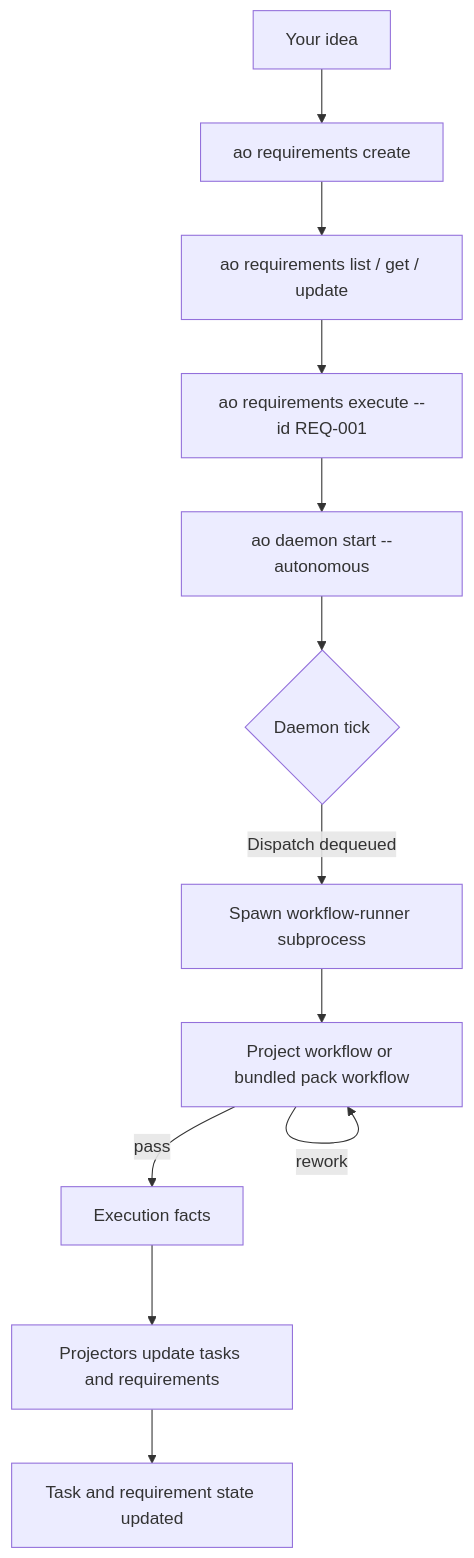
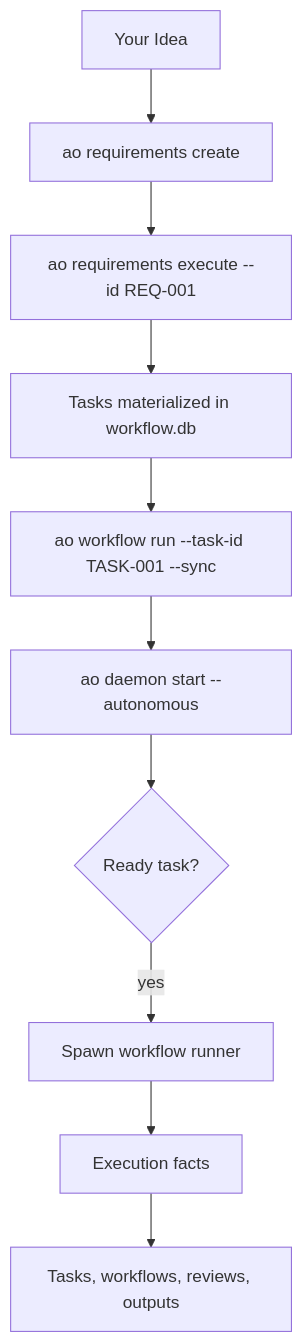
Before and after one commit to renakdata17/animus-cli: the diagram in docs/getting-started/typical-day.md, drawn with Mermaid. The commit also changed other lines of this file and 24 other files, not shown here.

````diff
--- a/docs/getting-started/typical-day.md
+++ b/docs/getting-started/typical-day.md
@@ -8,16 +7,14 @@
 ```mermaid
 flowchart TB
-    IDEA["Your idea"]
-    --> REQUIREMENT["ao requirements create"]
-    --> REVIEW["ao requirements list / get / update"]
+    IDEA["Your Idea"]
+    --> REQ["ao requirements create"]
     --> EXECUTE["ao requirements execute --id REQ-001"]
+    --> TASKS["Tasks materialized in workflow.db"]
+    --> RUN["ao workflow run --task-id TASK-001 --sync"]
     --> DAEMON["ao daemon start --autonomous"]
 
-    DAEMON --> LOOP{"Daemon tick"}
-    LOOP -->|"Dispatch dequeued"| RUNNER["Spawn workflow-runner subprocess"]
-    RUNNER --> PIPELINE["Project workflow or bundled pack workflow"]
-    PIPELINE -->|"pass"| FACTS["Execution facts"]
-    PIPELINE -->|"rework"| PIPELINE
-    FACTS --> PROJECTORS["Projectors update tasks and requirements"]
-    PROJECTORS --> DONE["Task and requirement state updated"]
+    DAEMON --> LOOP{"Ready task?"}
+    LOOP -->|"yes"| WORKFLOW["Spawn workflow runner"]
+    WORKFLOW --> FACTS["Execution facts"]
+    FACTS --> STATE["Tasks, workflows, reviews, outputs"]
 ```
````
